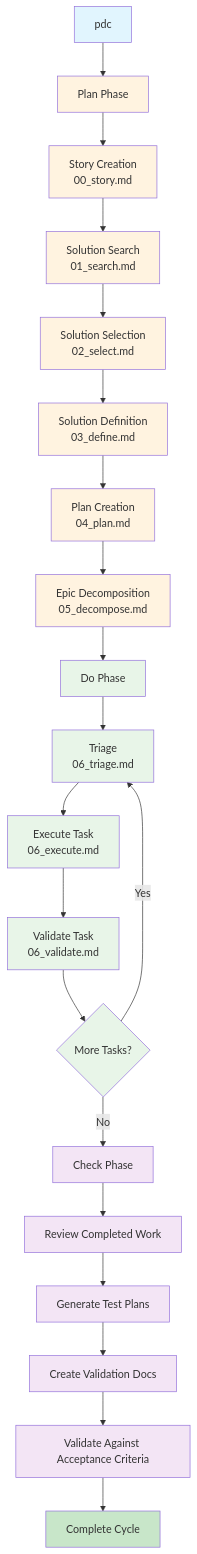
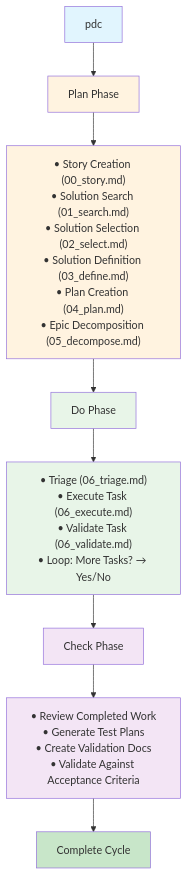
The diagram in README.md (riazarbi/way), drawn with Mermaid before and after one commit.

````diff
--- a/README.md
+++ b/README.md
@@ -43,43 +43,20 @@
 ```mermaid
 graph TD
     A[pdc <user-story>] --> B[Plan Phase]
-    B --> B1[Story Creation<br/>00_story.md]
-    B1 --> B2[Solution Search<br/>01_search.md]
-    B2 --> B3[Solution Selection<br/>02_select.md]
-    B3 --> B4[Solution Definition<br/>03_define.md]
-    B4 --> B5[Plan Creation<br/>04_plan.md]
-    B5 --> B6[Epic Decomposition<br/>05_decompose.md]
-    B6 --> C[Do Phase]
-    C --> C1[Triage<br/>06_triage.md]
-    C1 --> C2[Execute Task<br/>06_execute.md]
-    C2 --> C3[Validate Task<br/>06_validate.md]
-    C3 --> C4{More Tasks?}
-    C4 -->|Yes| C1
-    C4 -->|No| D[Check Phase]
-    D --> D1[Review Completed Work]
-    D1 --> D2[Generate Test Plans]
-    D2 --> D3[Create Validation Docs]
-    D3 --> D4[Validate Against Acceptance Criteria]
-    D4 --> E[Complete Cycle]
+    B --> B1["• Story Creation (00_story.md)<br/>• Solution Search (01_search.md)<br/>• Solution Selection (02_select.md)<br/>• Solution Definition (03_define.md)<br/>• Plan Creation (04_plan.md)<br/>• Epic Decomposition (05_decompose.md)"]
+    B1 --> C[Do Phase]
+    C --> C1["• Triage (06_triage.md)<br/>• Execute Task (06_execute.md)<br/>• Validate Task (06_validate.md)<br/>• Loop: More Tasks? → Yes/No"]
+    C1 --> D[Check Phase]
+    D --> D1["• Review Completed Work<br/>• Generate Test Plans<br/>• Create Validation Docs<br/>• Validate Against Acceptance Criteria"]
+    D1 --> E[Complete Cycle]
     
     %% Styling
     style A fill:#e1f5fe
     style B fill:#fff3e0
     style C fill:#e8f5e8
     style D fill:#f3e5f5
     style E fill:#c8e6c9
     style B1 fill:#fff3e0
-    style B2 fill:#fff3e0
-    style B3 fill:#fff3e0
-    style B4 fill:#fff3e0
-    style B5 fill:#fff3e0
-    style B6 fill:#fff3e0
     style C1 fill:#e8f5e8
-    style C2 fill:#e8f5e8
-    style C3 fill:#e8f5e8
-    style C4 fill:#e8f5e8
     style D1 fill:#f3e5f5
-    style D2 fill:#f3e5f5
-    style D3 fill:#f3e5f5
-    style D4 fill:#f3e5f5
 ```
````
